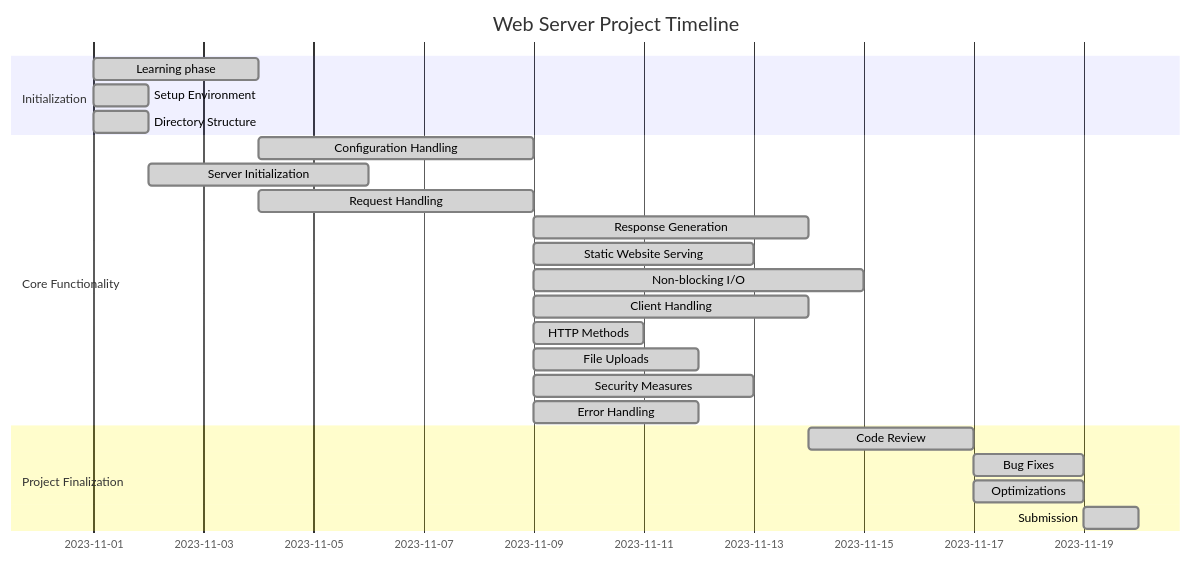
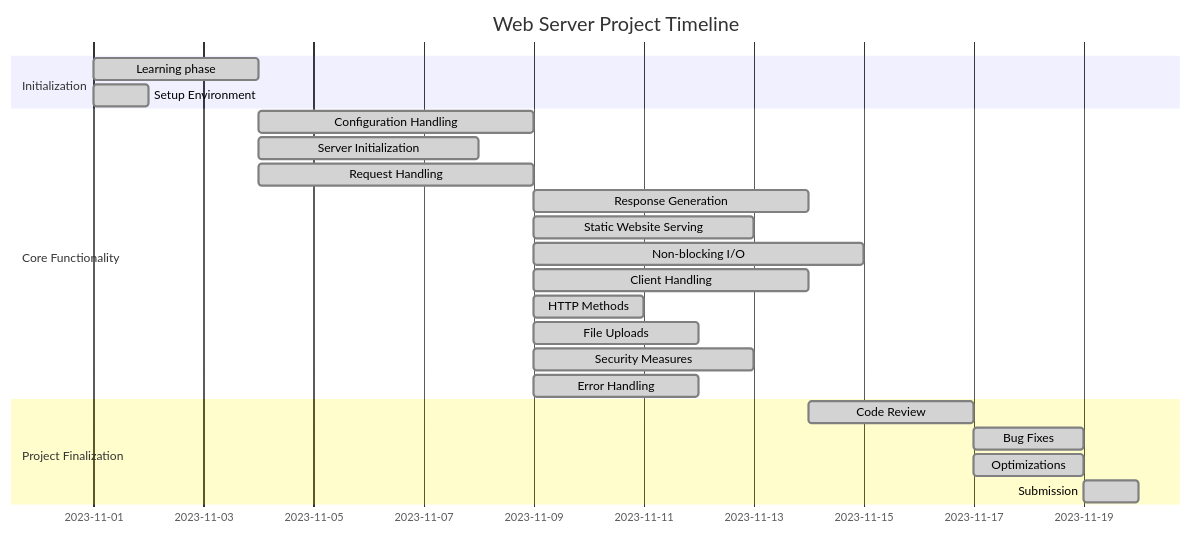
Before and after one commit to 42-teamprojects/42-WebServ: the diagram in README.md, drawn with Mermaid. The commit also changed other lines of this file and 3 other files, not shown here.

````diff
--- a/README.md
+++ b/README.md
@@ -3,29 +3,28 @@
 ```mermaid
 gantt
   title Web Server Project Timeline
 
   section Initialization
     Learning phase: done, des1, 2023-11-01, 3d
     Setup Environment: done, des2, 2023-11-01, 1d
-    Directory Structure: done, des3, 2023-11-01, 1d
 
   section Core Functionality
     Configuration Handling: done, des4, after des1, 5d
-    Server Initialization: done, des5, after des2, 4d
+    Server Initialization: done, des5, after des1, 4d
     Request Handling: done, des6, after des1, 5d
     Response Generation: done, des7, after des6, 5d
     Static Website Serving: done, des8, after des6, 4d
     Non-blocking I/O: done, des9, after des6, 6d
     Client Handling: done, des10, after des6, 5d
     HTTP Methods: done, des11, after des6, 2d
     File Uploads: done, des12, after des6, 3d
     Security Measures: done, des13, after des6, 4d
     Error Handling: done, des14, after des6, 3d
 
   section Project Finalization
     Code Review: done, des15, after des7, 3d
     Bug Fixes: done, des16, after des15, 2d
     Optimizations: done, des17, after des15, 2d
     Submission: done, des19, after des17, 1d
 
 ```
````
